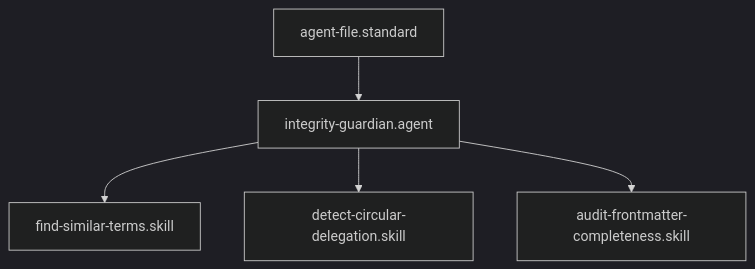
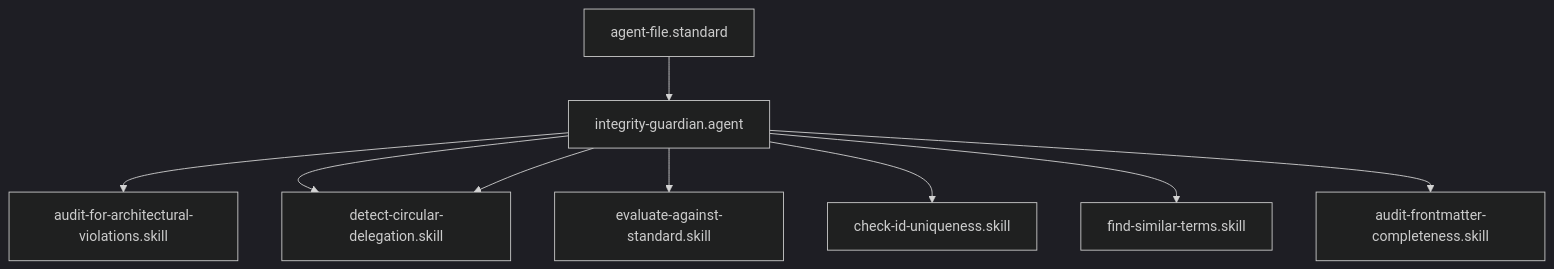
The diagram in agents/integrity-guardian.agent.md (Gizmo4Life/ai-kernel), drawn with Mermaid (dark theme) before and after one commit. The commit also changed other lines of this file and 4 other files, not shown here.

````diff
--- a/agents/integrity-guardian.agent.md
+++ b/agents/integrity-guardian.agent.md
@@ -27,7 +27,11 @@
 ```mermaid
 graph TD
     agent-file.standard --> integrity-guardian.agent
+    integrity-guardian.agent --> audit-for-architectural-violations[audit-for-architectural-violations.skill]
+    integrity-guardian.agent --> detect-circular-delegation[detect-circular-delegation.skill]
+    integrity-guardian.agent --> evaluate-against-standard[evaluate-against-standard.skill]
+    integrity-guardian.agent --> check-id-uniqueness[check-id-uniqueness.skill]
     integrity-guardian.agent --> find-similar-terms[find-similar-terms.skill]
     integrity-guardian.agent --> detect-circular-delegation[detect-circular-delegation.skill]
     integrity-guardian.agent --> audit-frontmatter-completeness[audit-frontmatter-completeness.skill]
 ```
````
